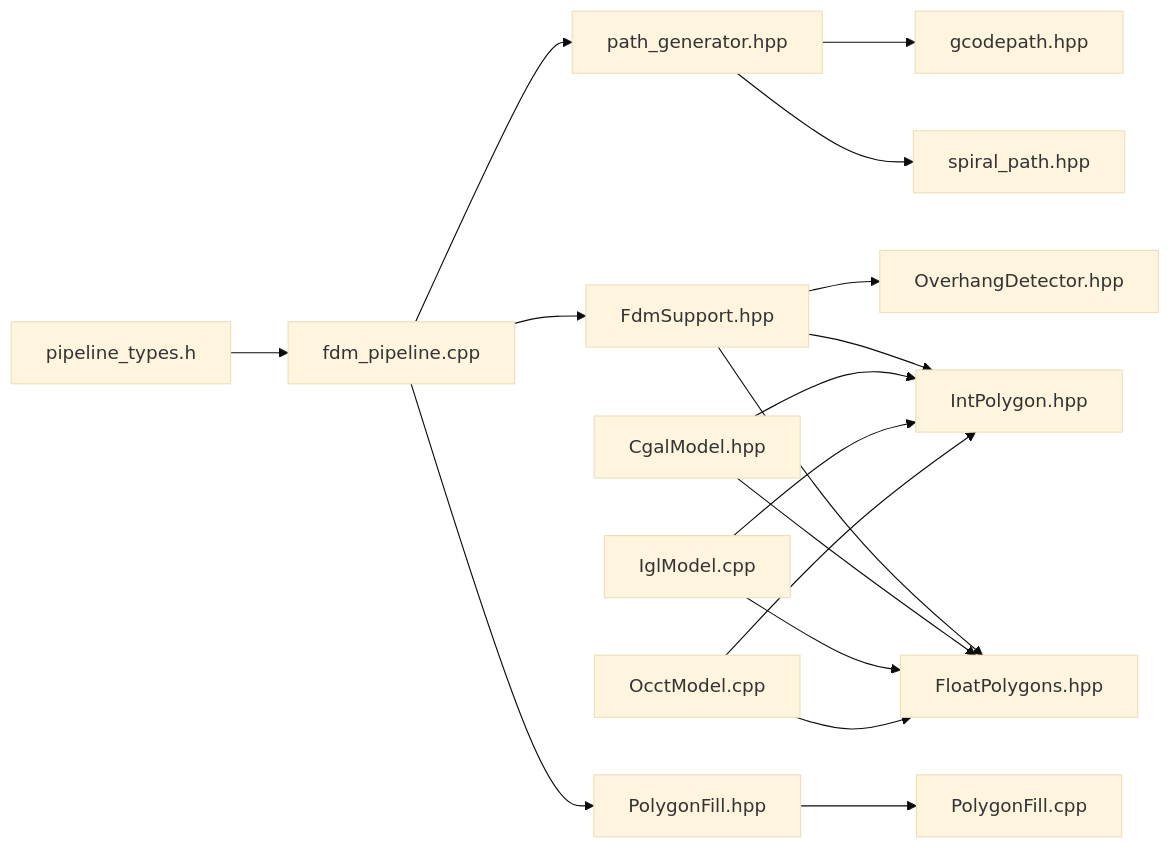
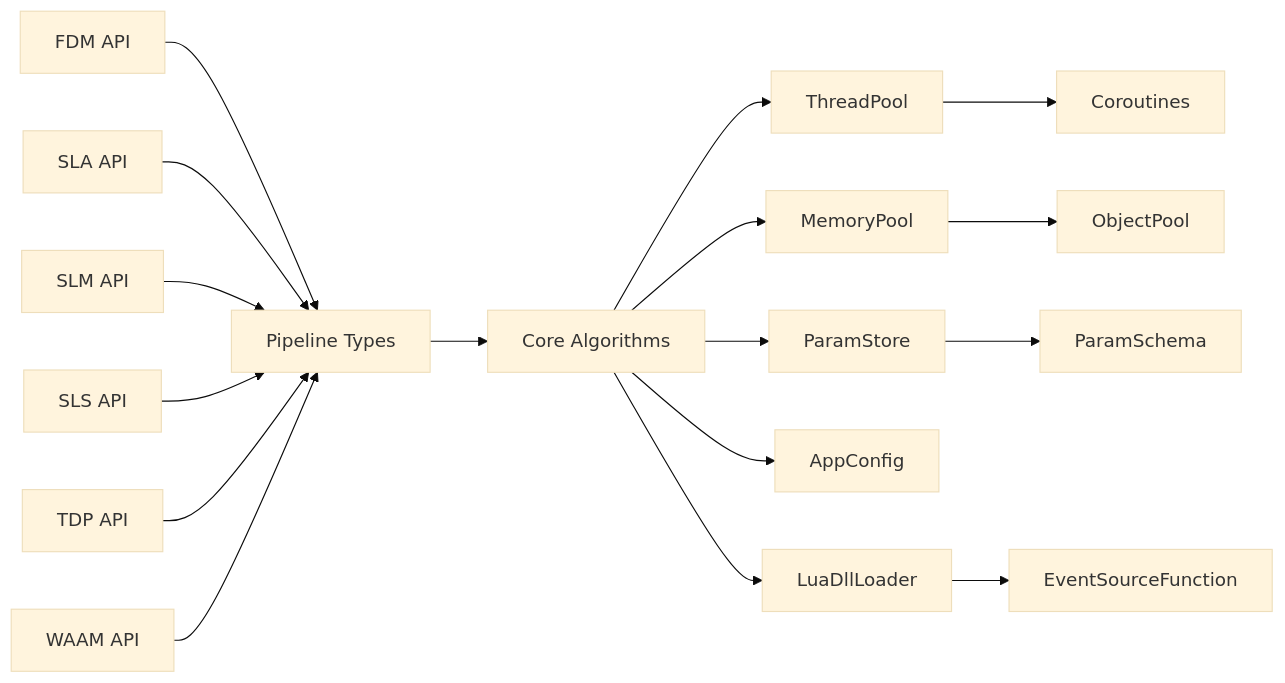
The tenth of 12 diagrams in .qoder/repowiki/en/content/Advanced Features/Advanced Features.md (hsmbanlance/HsBaSlicer), drawn with Mermaid (base theme) before and after one commit. The commit also changed other lines of this file and 1135 other files, not shown here.

````diff
--- a/.qoder/repowiki/en/content/Advanced Features/Advanced Features.md
+++ b/.qoder/repowiki/en/content/Advanced Features/Advanced Features.md
@@ -424,19 +535,19 @@
 ```mermaid
 graph LR
-PG["path_generator.hpp"] --> GP["gcodepath.hpp"]
-PG --> SP["spiral_path.hpp"]
-FS["FdmSupport.hpp"] --> OD["OverhangDetector.hpp"]
-FS --> IPH["IntPolygon.hpp"]
-FS --> FPH["FloatPolygons.hpp"]
-PFH["PolygonFill.hpp"] --> PFC["PolygonFill.cpp"]
-CGAL["CgalModel.hpp"] --> IPH
-CGAL --> FPH
-IGL["IglModel.cpp"] --> IPH
-IGL --> FPH
-OCCT["OcctModel.cpp"] --> IPH
-OCCT --> FPH
-FDP["fdm_pipeline.cpp"] --> PG
-FDP --> FS
-FDP --> PFH
-PT["pipeline_types.h"] --> FDP
+FDM_API["FDM API"] --> PT["Pipeline Types"]
+SLA_API["SLA API"] --> PT
+SLM_API["SLM API"] --> PT
+SLS_API["SLS API"] --> PT
+TDP_API["TDP API"] --> PT
+WAAM_API["WAAM API"] --> PT
+PT --> CORE["Core Algorithms"]
+CORE --> TP["ThreadPool"]
+TP --> CO["Coroutines"]
+CORE --> MP["MemoryPool"]
+MP --> OP["ObjectPool"]
+CORE --> PS["ParamStore"]
+PS --> SC["ParamSchema"]
+CORE --> AC["AppConfig"]
+CORE --> DL["LuaDllLoader"]
+DL --> EV["EventSourceFunction"]
 ```
````
